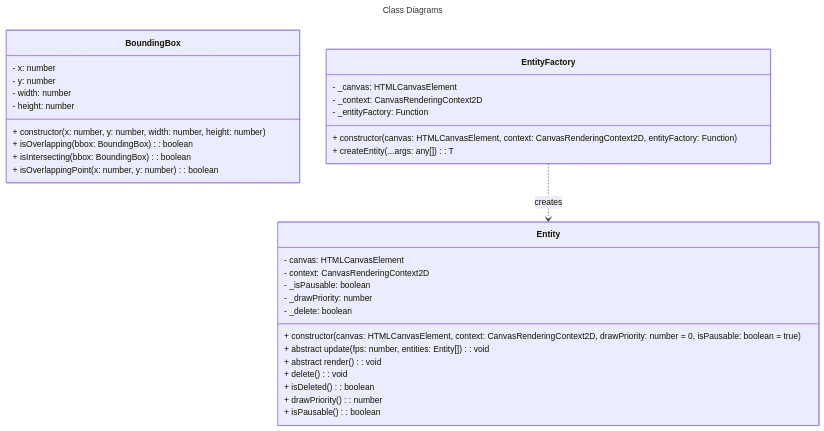
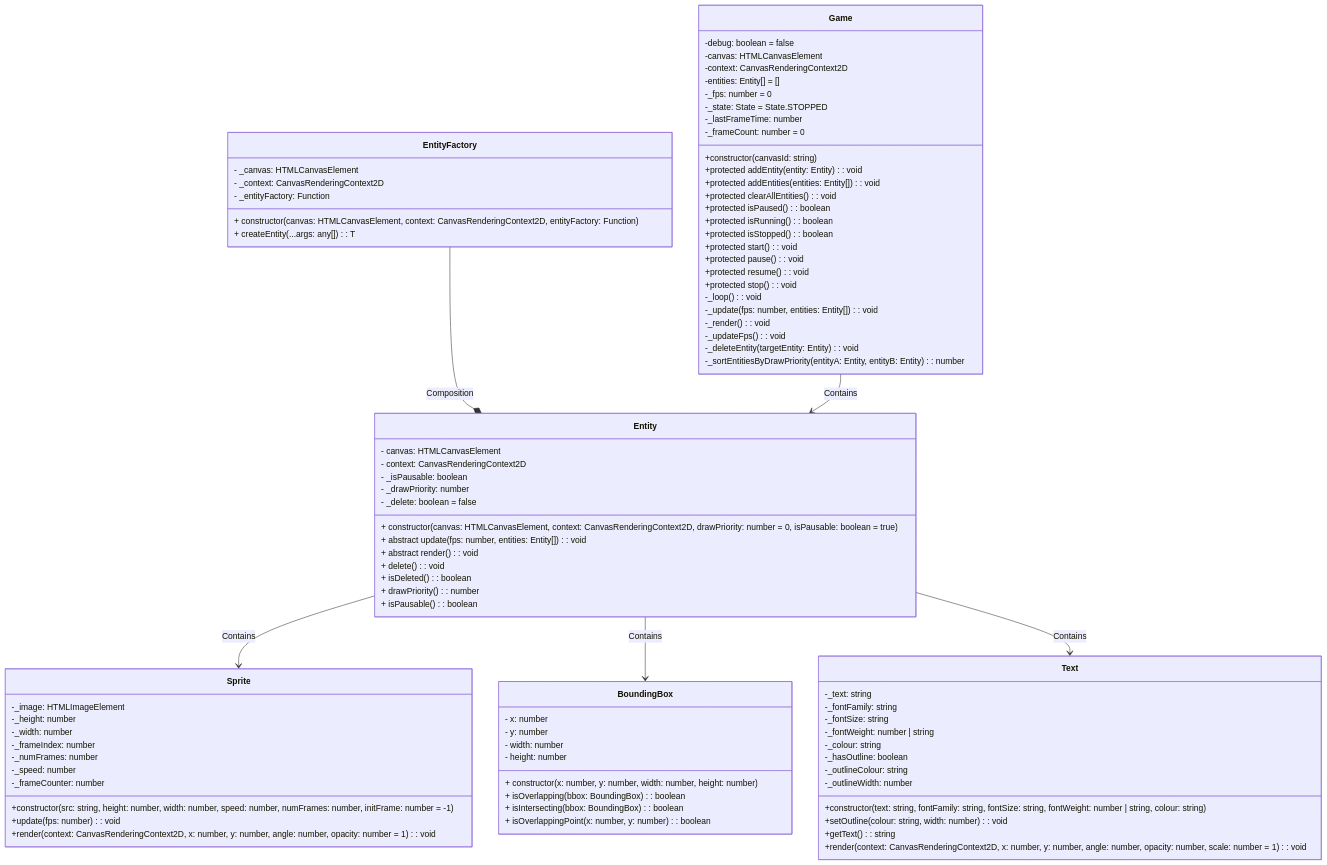
Before and after one commit to salindersidhu/BugTap: the diagram in src/engine/README.md, drawn with Mermaid. The commit also changed other lines of this file, not shown here.

Commit message:
Completed game engine class diagrams

````diff
--- a/src/engine/README.md
+++ b/src/engine/README.md
@@ -3,7 +7,4 @@
 ```mermaid
----
-title: Class Diagrams
----
 classDiagram
     class BoundingBox {
         - x: number
@@ -16,12 +17,40 @@
         + isOverlappingPoint(x: number, y: number): boolean
     }
 
+    class Sprite {
+      -_image: HTMLImageElement
+      -_height: number
+      -_width: number
+      -_frameIndex: number
+      -_numFrames: number
+      -_speed: number
+      -_frameCounter: number
+      +constructor(src: string, height: number, width: number, speed: number, numFrames: number, initFrame: number = -1)
+      +update(fps: number): void
+      +render(context: CanvasRenderingContext2D, x: number, y: number, angle: number, opacity: number = 1): void
+    }
+
+    class Text {
+      -_text: string
+      -_fontFamily: string
+      -_fontSize: string
+      -_fontWeight: number | string
+      -_colour: string
+      -_hasOutline: boolean
+      -_outlineColour: string
+      -_outlineWidth: number
+      +constructor(text: string, fontFamily: string, fontSize: string, fontWeight: number | string, colour: string)
+      +setOutline(colour: string, width: number): void
+      +getText(): string
+      +render(context: CanvasRenderingContext2D, x: number, y: number, angle: number, opacity: number, scale: number = 1): void
+    }
+
     class Entity {
         - canvas: HTMLCanvasElement
         - context: CanvasRenderingContext2D
         - _isPausable: boolean
         - _drawPriority: number
-        - _delete: boolean
+        - _delete: boolean = false
         + constructor(canvas: HTMLCanvasElement, context: CanvasRenderingContext2D, drawPriority: number = 0, isPausable: boolean = true)
         + abstract update(fps: number, entities: Entity[]): void
         + abstract render(): void
@@ -30,6 +59,9 @@
         + drawPriority(): number
         + isPausable(): boolean
     }
+    Entity --> Sprite : Contains
+    Entity --> BoundingBox : Contains
+    Entity --> Text : Contains
 
     class EntityFactory {
         - _canvas: HTMLCanvasElement
@@ -38,6 +70,34 @@
         + constructor(canvas: HTMLCanvasElement, context: CanvasRenderingContext2D, entityFactory: Function)
         + createEntity(...args: any[]): T
     }
+    EntityFactory --* Entity : Composition
 
-    EntityFactory ..> Entity : creates
+    class Game {
+      -debug: boolean = false
+      -canvas: HTMLCanvasElement
+      -context: CanvasRenderingContext2D
+      -entities: Entity[] = []
+      -_fps: number = 0
+      -_state: State = State.STOPPED
+      -_lastFrameTime: number
+      -_frameCount: number = 0
+      +constructor(canvasId: string)
+      +protected addEntity(entity: Entity): void
+      +protected addEntities(entities: Entity[]): void
+      +protected clearAllEntities(): void
+      +protected isPaused(): boolean
+      +protected isRunning(): boolean
+      +protected isStopped(): boolean
+      +protected start(): void
+      +protected pause(): void
+      +protected resume(): void
+      +protected stop(): void
+      -_loop(): void
+      -_update(fps: number, entities: Entity[]): void
+      -_render(): void
+      -_updateFps(): void
+      -_deleteEntity(targetEntity: Entity): void
+      -_sortEntitiesByDrawPriority(entityA: Entity, entityB: Entity): number
+    }
+    Game --> Entity : Contains
 ```
````
